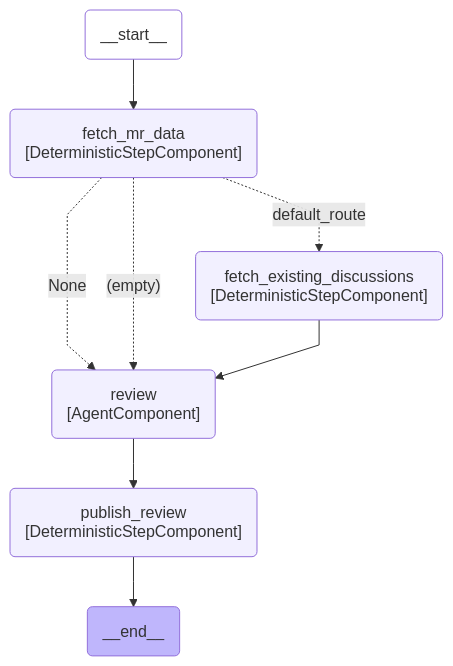
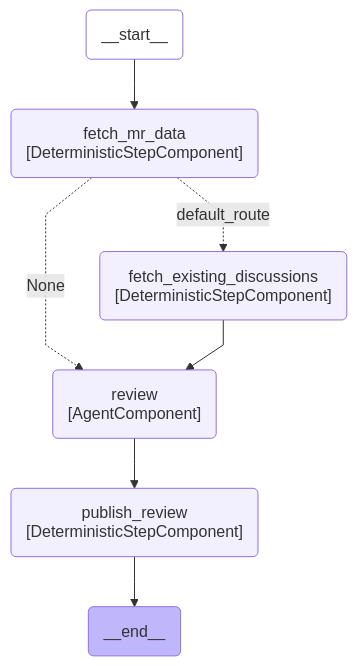
One commit to movax01h/ai-gateway changed the ninth of 45 diagrams in docs/duo_workflow_service_graphs.md. Above: the diagram before and after it, drawn with Mermaid. The commit also changed 4 other files, not shown here.

Commit message:
chore(code-review): clean up advanced flow prompt, schema and router

````diff
--- a/docs/duo_workflow_service_graphs.md
+++ b/docs/duo_workflow_service_graphs.md
@@ -276,24 +276,23 @@
 ```mermaid
 ---
 config:
     flowchart:
         curve: linear
 ---
 graph TD;
     __start__(__start__):::first;
     __end__(__end__):::last;
     __start__ --> fetch_mr_data;
     fetch_mr_data(fetch_mr_data<br>#91;DeterministicStepComponent#93;);
     fetch_existing_discussions(fetch_existing_discussions<br>#91;DeterministicStepComponent#93;);
     review(review<br>#91;AgentComponent#93;);
     publish_review(publish_review<br>#91;DeterministicStepComponent#93;);
     fetch_mr_data -.->|"None"| review;
-    fetch_mr_data -.->|"(empty)"| review;
     fetch_mr_data -.->|"default_route"| fetch_existing_discussions;
     fetch_existing_discussions --> review;
     review --> publish_review;
     publish_review --> __end__;
     classDef default fill:#f2f0ff,line-height:1.2;
     classDef first fill-opacity:0;
     classDef last fill:#bfb6fc;
 ```
````
